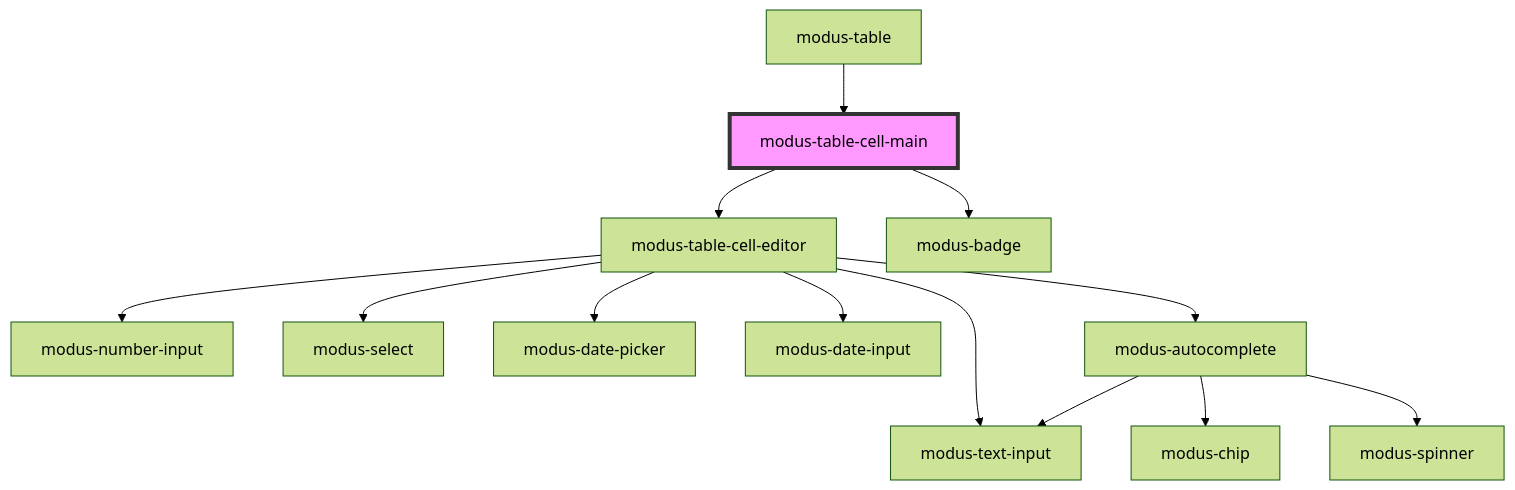
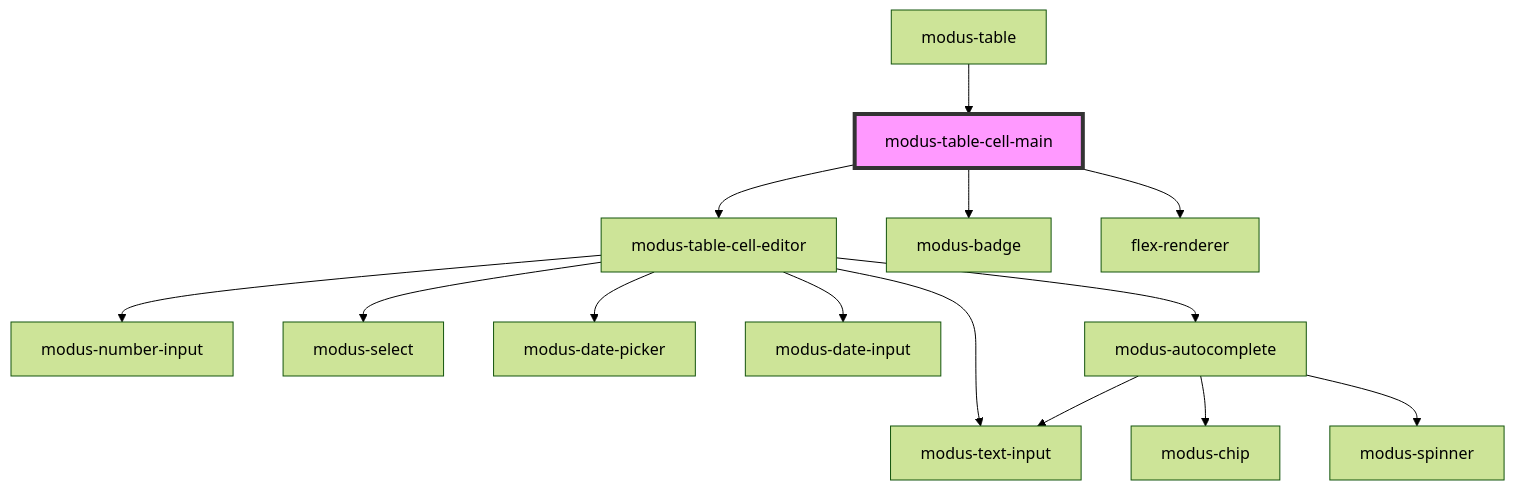
One commit to trimble-oss/modus-web-components changed the diagram in stencil-workspace/src/components/modus-table/parts/cell/modus-table-cell-main/readme.md. Above: the diagram before and after it, drawn with Mermaid (forest theme). The commit also changed other lines of this file and 5 other files, not shown here.

````diff
--- a/stencil-workspace/src/components/modus-table/parts/cell/modus-table-cell-main/readme.md
+++ b/stencil-workspace/src/components/modus-table/parts/cell/modus-table-cell-main/readme.md
@@ -57,16 +58,17 @@
 ```mermaid
 graph TD;
   modus-table-cell-main --> modus-table-cell-editor
   modus-table-cell-main --> modus-badge
+  modus-table-cell-main --> flex-renderer
   modus-table-cell-editor --> modus-number-input
   modus-table-cell-editor --> modus-text-input
   modus-table-cell-editor --> modus-select
   modus-table-cell-editor --> modus-date-picker
   modus-table-cell-editor --> modus-date-input
   modus-table-cell-editor --> modus-autocomplete
   modus-autocomplete --> modus-text-input
   modus-autocomplete --> modus-chip
   modus-autocomplete --> modus-spinner
   modus-table --> modus-table-cell-main
   style modus-table-cell-main fill:#f9f,stroke:#333,stroke-width:4px
 ```
````
